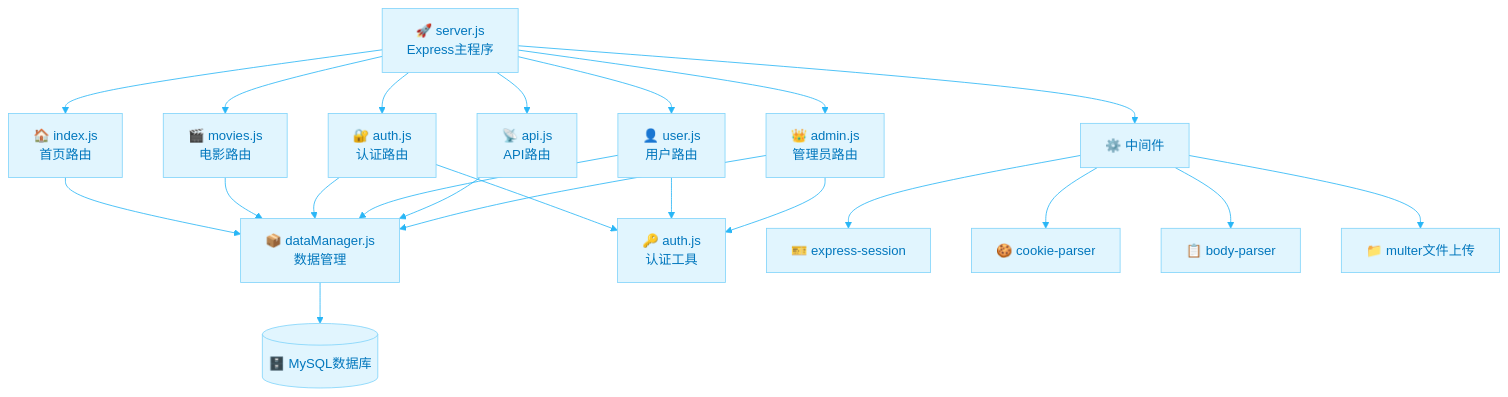
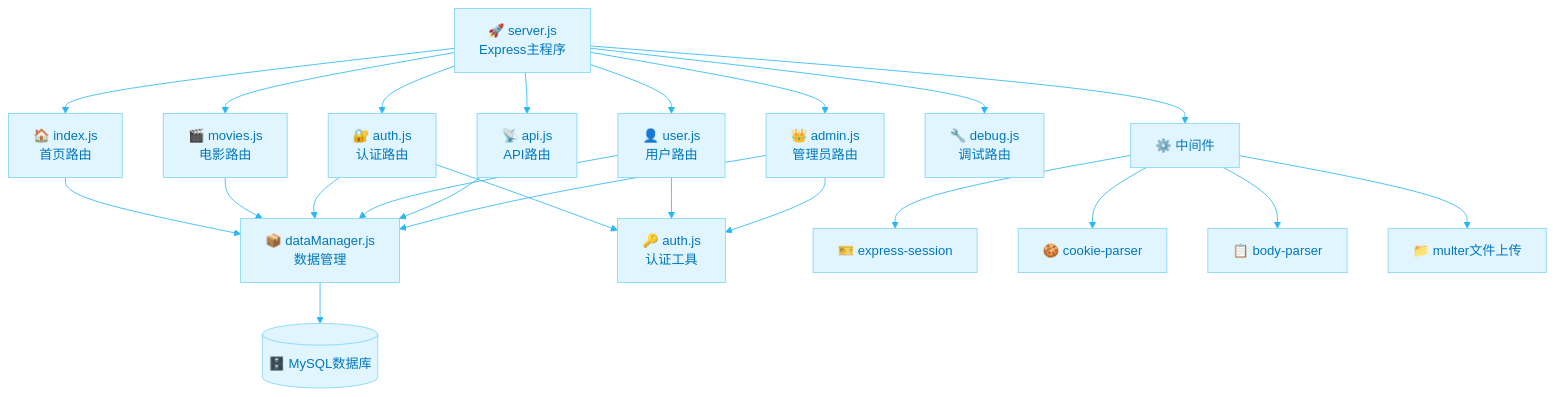
Diagram 12 of 18 in docs/架构设计.md (keyoshoin/movie-website), drawn with Mermaid before and after one commit. The commit also changed other lines of this file, not shown here.

````diff
--- a/docs/架构设计.md
+++ b/docs/架构设计.md
@@ -458,29 +464,30 @@
 ```mermaid
 %%{init: {'theme': 'base', 'themeVariables': { 'primaryColor': '#e1f5fe', 'primaryTextColor': '#0277bd', 'primaryBorderColor': '#81d4fa', 'lineColor': '#29b6f6'}}}%%
 graph TD
     Server["🚀 server.js<br/>Express主程序"] --> IndexRoute["🏠 index.js<br/>首页路由"]
     Server --> MoviesRoute["🎬 movies.js<br/>电影路由"]
     Server --> AuthRoute["🔐 auth.js<br/>认证路由"]
     Server --> UserRoute["👤 user.js<br/>用户路由"]
     Server --> APIRoute["📡 api.js<br/>API路由"]
     Server --> AdminRoute["👑 admin.js<br/>管理员路由"]
+    Server --> DebugRoute["🔧 debug.js<br/>调试路由"]
     
     IndexRoute --> DataManager["📦 dataManager.js<br/>数据管理"]
     MoviesRoute --> DataManager
     AuthRoute --> DataManager
     UserRoute --> DataManager
     APIRoute --> DataManager
     AdminRoute --> DataManager
     
     AuthRoute --> AuthUtil["🔑 auth.js<br/>认证工具"]
     UserRoute --> AuthUtil
     AdminRoute --> AuthUtil
     
     Server --> Middleware["⚙️ 中间件"]
     Middleware --> Session["🎫 express-session"]
     Middleware --> Cookie["🍪 cookie-parser"]
     Middleware --> BodyParser["📋 body-parser"]
     Middleware --> Multer["📁 multer文件上传"]
     
     DataManager --> Database[("🗄️ MySQL数据库")]
 ```
````
